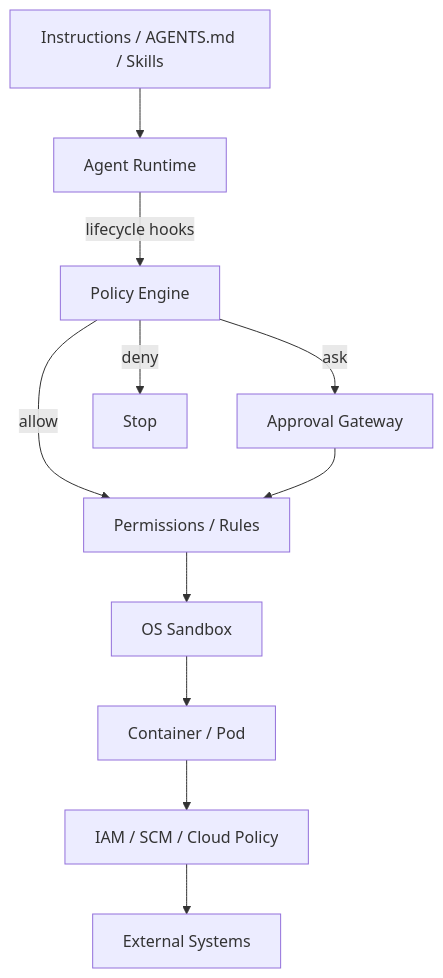
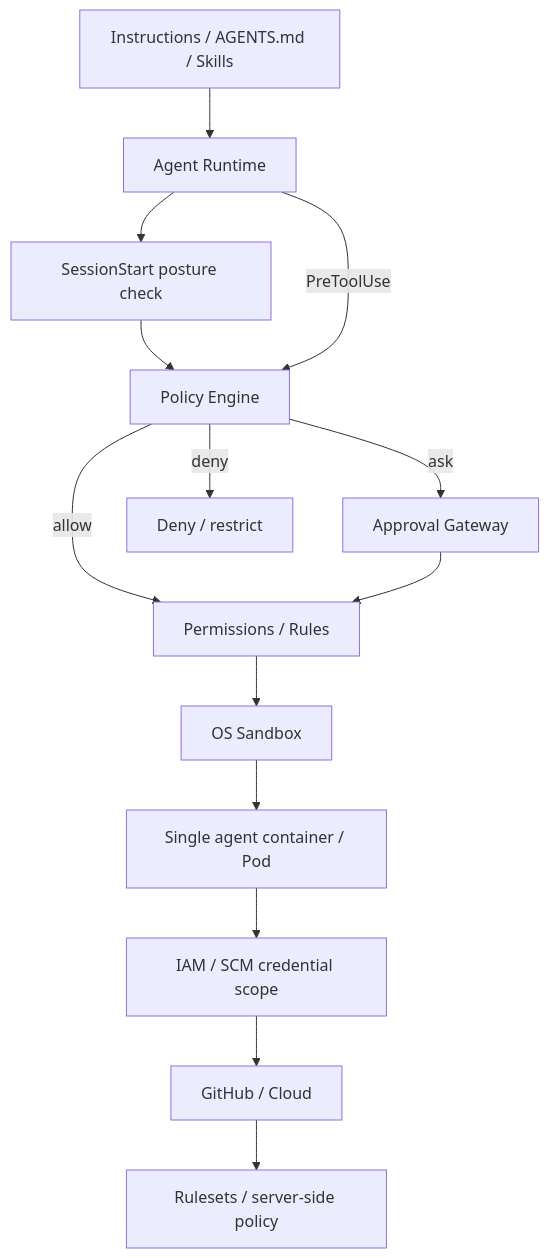
Before and after one commit to tomo-chan/agent-harness: the first of 2 diagrams in README.md, drawn with Mermaid. The commit also changed other lines of this file, not shown here.

Commit message:
docs: update README for posture-aware simple architecture

````diff
--- a/README.md
+++ b/README.md
@@ -11,13 +11,16 @@
 ```mermaid
 flowchart TD
     A[Instructions / AGENTS.md / Skills] --> B[Agent Runtime]
-    B -->|lifecycle hooks| C[Policy Engine]
+    B --> SS[SessionStart posture check]
+    SS --> C[Policy Engine]
+    B -->|PreToolUse| C
     C -->|allow| D[Permissions / Rules]
     C -->|ask| E[Approval Gateway]
-    C -->|deny| X[Stop]
+    C -->|deny| X[Deny / restrict]
     E --> D
     D --> F[OS Sandbox]
-    F --> G[Container / Pod]
-    G --> H[IAM / SCM / Cloud Policy]
-    H --> I[External Systems]
+    F --> G[Single agent container / Pod]
+    G --> H[IAM / SCM credential scope]
+    H --> I[GitHub / Cloud]
+    I --> R[Rulesets / server-side policy]
 ```
````
